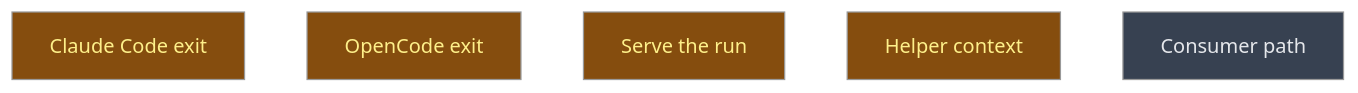
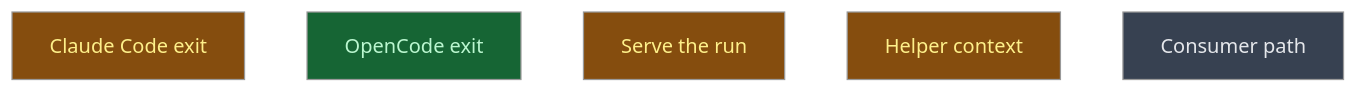
Before and after one commit to CrackingShells/Candler: the diagram in __roadmap__/run_context/readers/README.md, drawn with Mermaid (neutral theme). The commit also changed other lines of this file, not shown here.

Commit message:
rdm(evaluation): close the OpenCode exit reader

````diff
--- a/__roadmap__/run_context/readers/README.md
+++ b/__roadmap__/run_context/readers/README.md
@@ -17,13 +17,13 @@
 ```mermaid
 graph TD
     cc_reader_exit[Claude Code exit]:::inprogress
-    oc_reader_exit[OpenCode exit]:::inprogress
+    oc_reader_exit[OpenCode exit]:::done
     serve_context[Serve the run]:::inprogress
     helper_context[Helper context]:::inprogress
     e2e[Consumer path]:::planned
     classDef done       fill:#166534,color:#bbf7d0
     classDef inprogress fill:#854d0e,color:#fef08a
     classDef planned    fill:#374151,color:#e5e7eb
     classDef amendment  fill:#1e3a5f,color:#bfdbfe
     classDef blocked    fill:#7f1d1d,color:#fecaca
 ```
````
